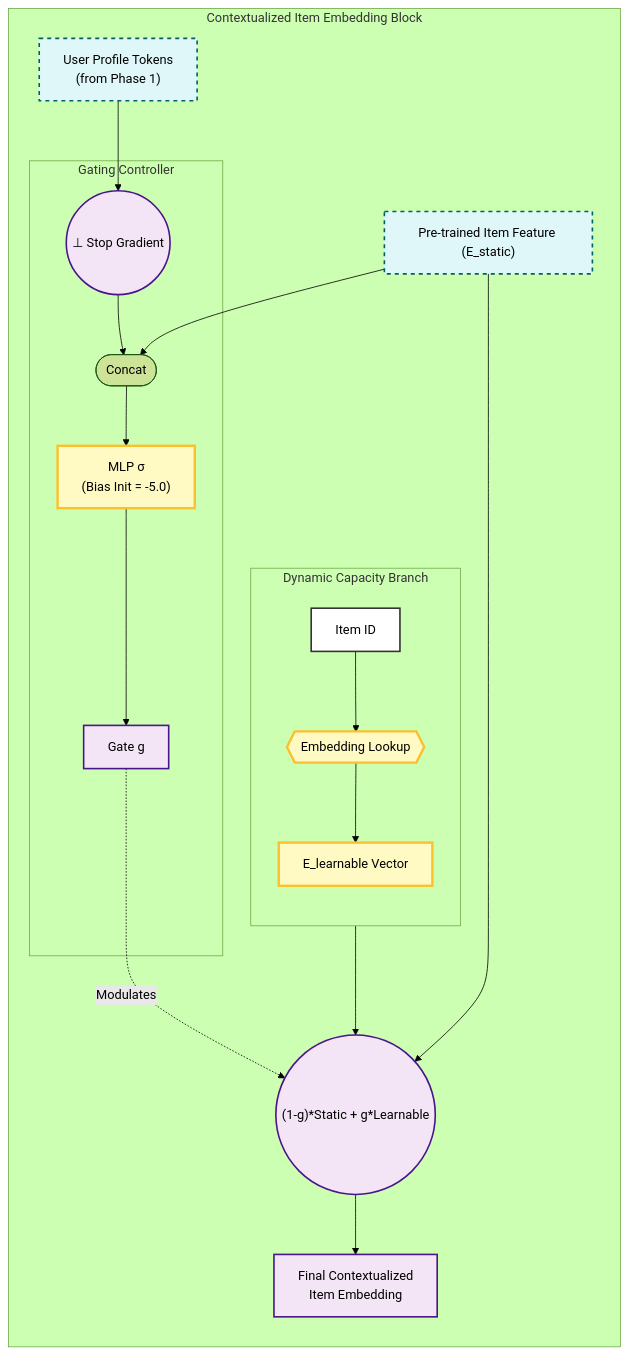
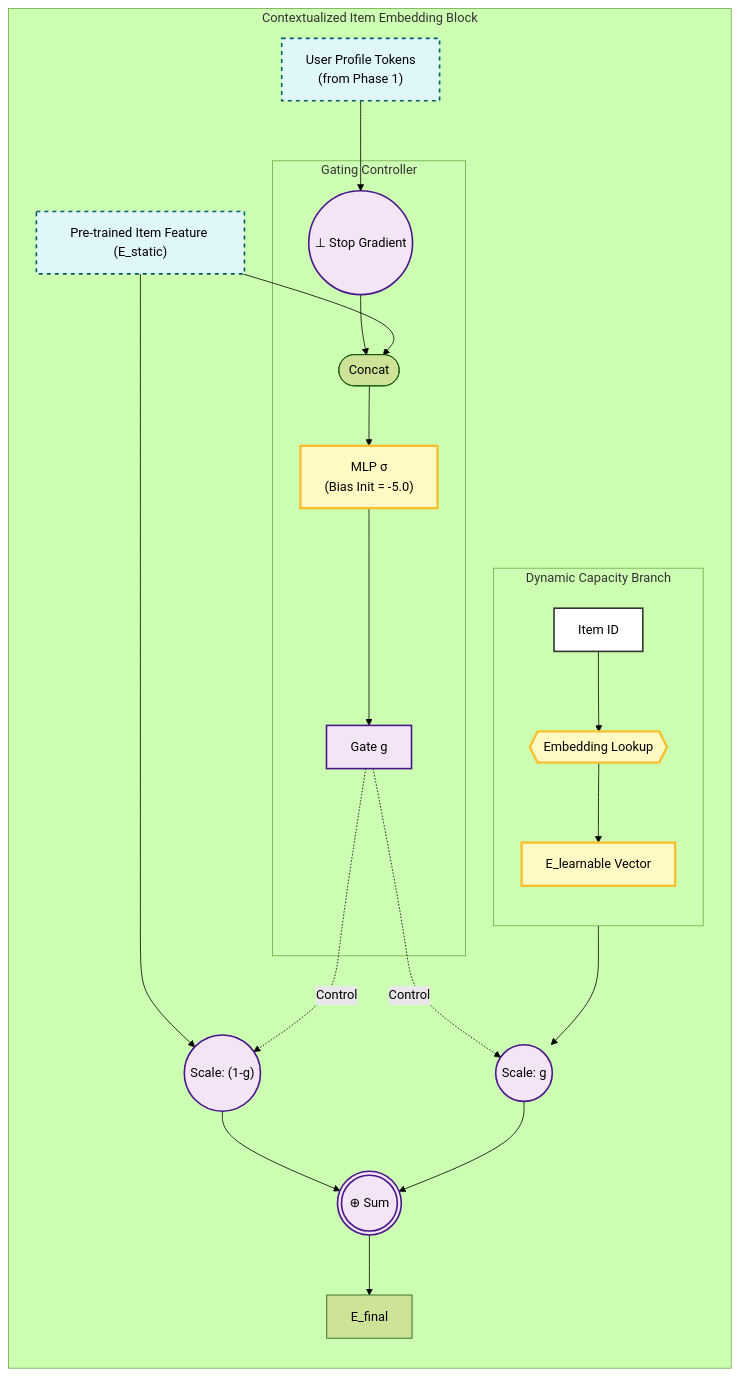
The fifth of 5 diagrams in doc.markdown (Jack31098/user_modeling_design), drawn with Mermaid (forest theme) before and after one commit.

Commit message:
reformat

````diff
--- a/doc.markdown
+++ b/doc.markdown
@@ -598,48 +598,54 @@
 ```mermaid
 graph TB
     classDef frozen fill:#e0f7fa,stroke:#006064,stroke-width:2px,stroke-dasharray: 5 5;
     classDef learnable fill:#fff9c4,stroke:#fbc02d,stroke-width:3px;
     classDef operation fill:#f3e5f5,stroke:#4a148c,stroke-width:2px;
     classDef input_node fill:#fff,stroke:#333,stroke-width:2px;
 
     subgraph Contextualized_Residue_Block [Contextualized Item Embedding Block]
         direction TB
 
         %% Inputs
         User["User Profile Tokens<br>(from Phase 1)"]:::frozen
         ItemID[Item ID]:::input_node
         E_static["Pre-trained Item Feature (E_static)"]:::frozen
 
         %% Learnable Branch (The Focus)
         subgraph Learnable_Branch [Dynamic Capacity Branch]
             direction TB
             Lookup_Op{{"Embedding Lookup"}}:::learnable
             E_learnable["E_learnable Vector"]:::learnable
             
             ItemID --> Lookup_Op --> E_learnable
         end
 
         %% Gating Network
         subgraph Gating_Net [Gating Controller]
             StopGrad(("&perp; Stop Gradient")):::operation
             Concat([Concat])
             MLP_Gate["MLP &sigma;<br>(Bias Init = -5.0)"]:::learnable
             Gate_Val["Gate g"]:::operation
         end
 
         %% Flow
         User --> StopGrad --> Concat
         E_static --> Concat
 
         Concat --> MLP_Gate --> Gate_Val
 
-        %% Fusion
-        Fusion(("(1-g)*Static + g*Learnable")):::operation
-        E_final[Final Contextualized<br>Item Embedding]:::operation
-
-        E_static --> Fusion
-        E_learnable --> Fusion
-        Gate_Val -.->|Modulates| Fusion
-        Fusion --> E_final
+        %% Fusion - Explicit Steps
+        Scale_Static(("Scale: (1-g)")):::operation
+        Scale_Learnable(("Scale: g")):::operation
+        Sum_Op((("&oplus; Sum"))):::operation
+        
+        E_static --> Scale_Static
+        E_learnable --> Scale_Learnable
+        
+        Gate_Val -.->|Control| Scale_Static
+        Gate_Val -.->|Control| Scale_Learnable
+        
+        Scale_Static --> Sum_Op
+        Scale_Learnable --> Sum_Op
+        Sum_Op --> E_final
     end
 ```
````
